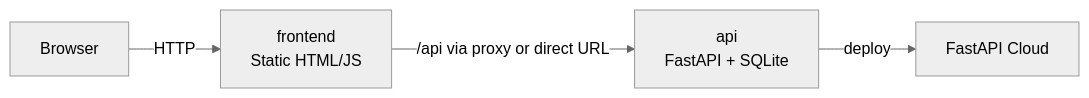
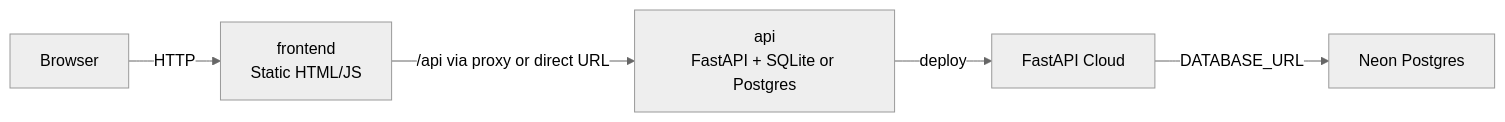
One commit to EASS-HIT-PART-A-2026-CLASS-IX/dev-paradigm-showdown changed the diagram in README.md. Above: the diagram before and after it, drawn with Mermaid (neutral theme). The commit also changed other lines of this file and 7 other files, not shown here.

Commit message:
Document Neon and FastAPI Cloud setup

````diff
--- a/README.md
+++ b/README.md
@@ -22,11 +22,13 @@
 ```mermaid
 flowchart LR
     U[Browser]
     F[frontend<br/>Static HTML/JS]
-    A[api<br/>FastAPI + SQLite]
+    A[api<br/>FastAPI + SQLite or Postgres]
     C[FastAPI Cloud]
+    N[Neon Postgres]
 
     U -->|HTTP| F
     F -->|/api via proxy or direct URL| A
     A -->|deploy| C
+    C -->|DATABASE_URL| N
 ```
````
